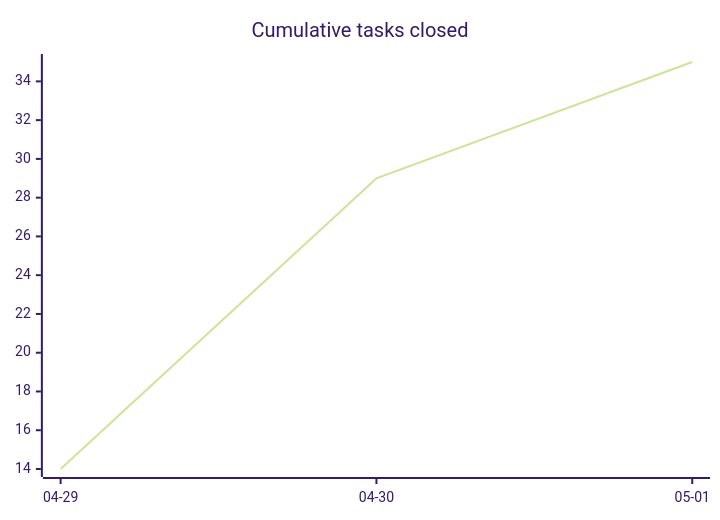
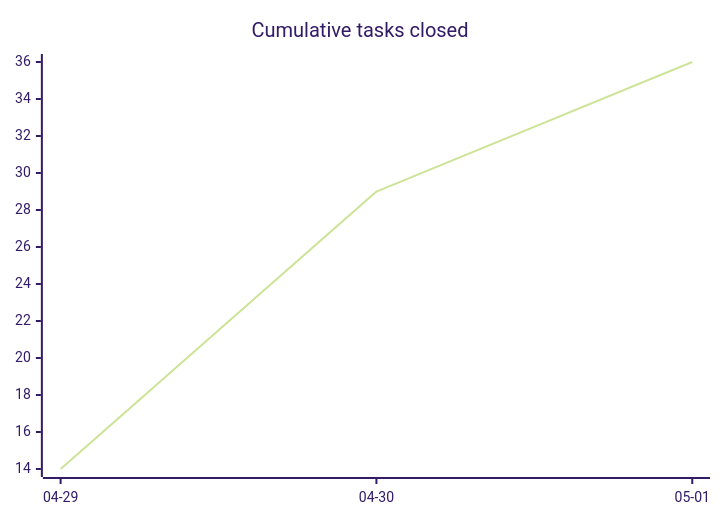
The first of 3 diagrams in docs/developers/tasks/OVERVIEW.md (tgd1975/AwesomeStudioPedal), drawn with Mermaid (forest theme) before and after one commit. The commit also changed other lines of this file and 11 other files, not shown here.

````diff
--- a/docs/developers/tasks/OVERVIEW.md
+++ b/docs/developers/tasks/OVERVIEW.md
@@ -22,6 +22,6 @@
 ```mermaid
 xychart-beta
     title "Cumulative tasks closed"
     x-axis ["04-29", "04-30", "05-01"]
-    line [14, 29, 35]
+    line [14, 29, 36]
 ```
````
